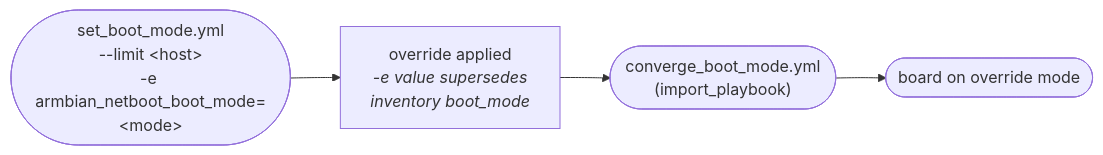
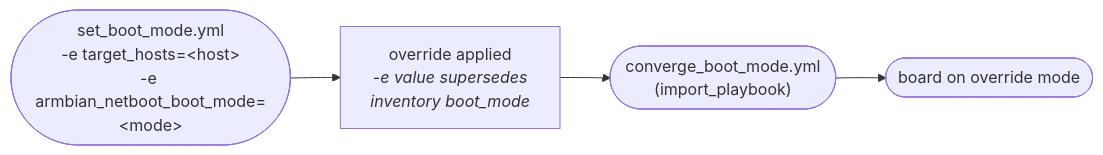
One commit to david-igou/ansible-collection-armbian changed the fourth of 5 diagrams in README.md. Above: the diagram before and after it, drawn with Mermaid. The commit also changed other lines of this file and 3 other files, not shown here.

````diff
--- a/README.md
+++ b/README.md
@@ -502,9 +502,9 @@
 ```mermaid
 flowchart LR
-    START(["set_boot_mode.yml<br/>--limit &lt;host&gt;<br/>-e armbian_netboot_boot_mode=&lt;mode&gt;"])
+    START(["set_boot_mode.yml<br/>-e target_hosts=&lt;host&gt;<br/>-e armbian_netboot_boot_mode=&lt;mode&gt;"])
     OVR["override applied<br/><i>-e value supersedes<br/>inventory boot_mode</i>"]
     CBM(["converge_boot_mode.yml<br/>(import_playbook)"])
     END(["board on override mode"])
 
     START --> OVR --> CBM --> END
 ```
````
